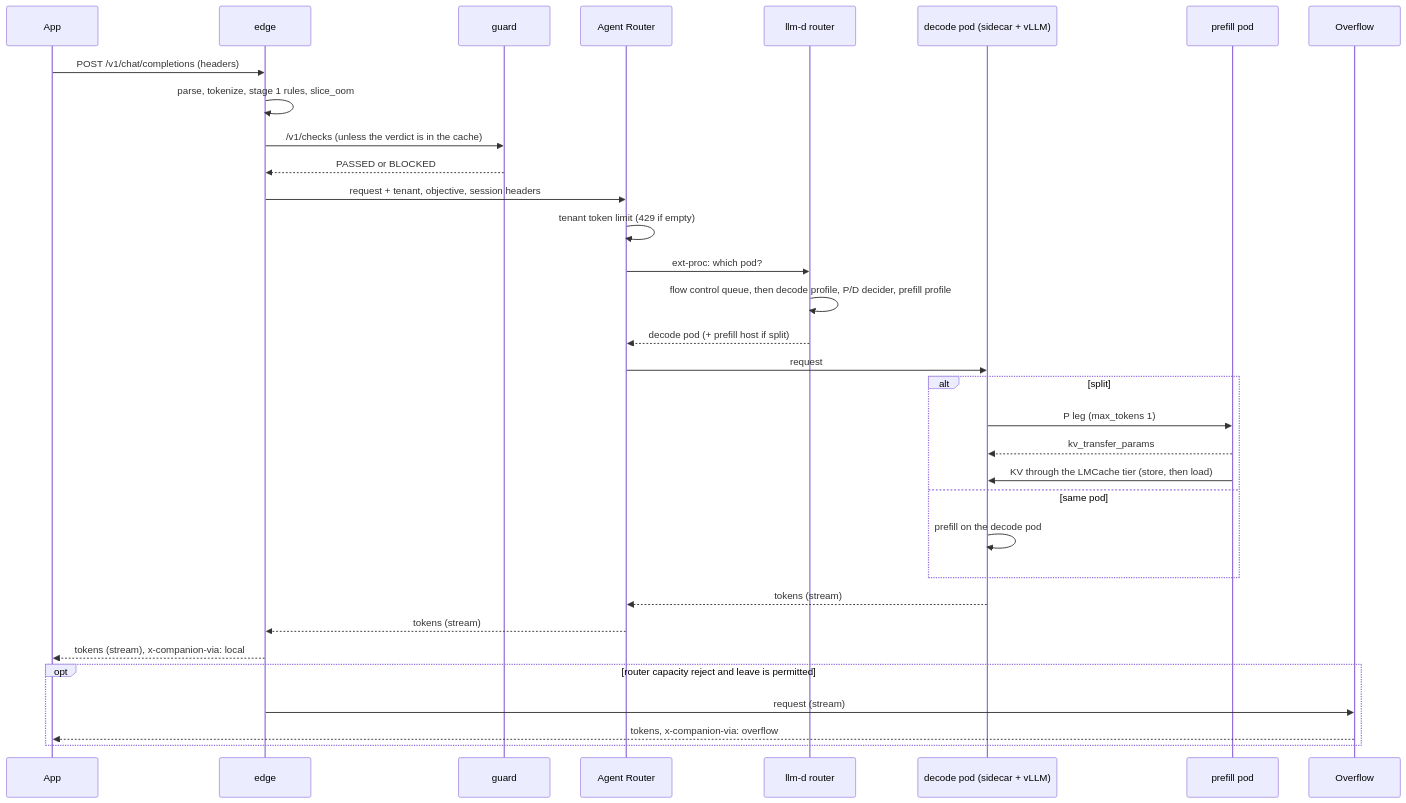
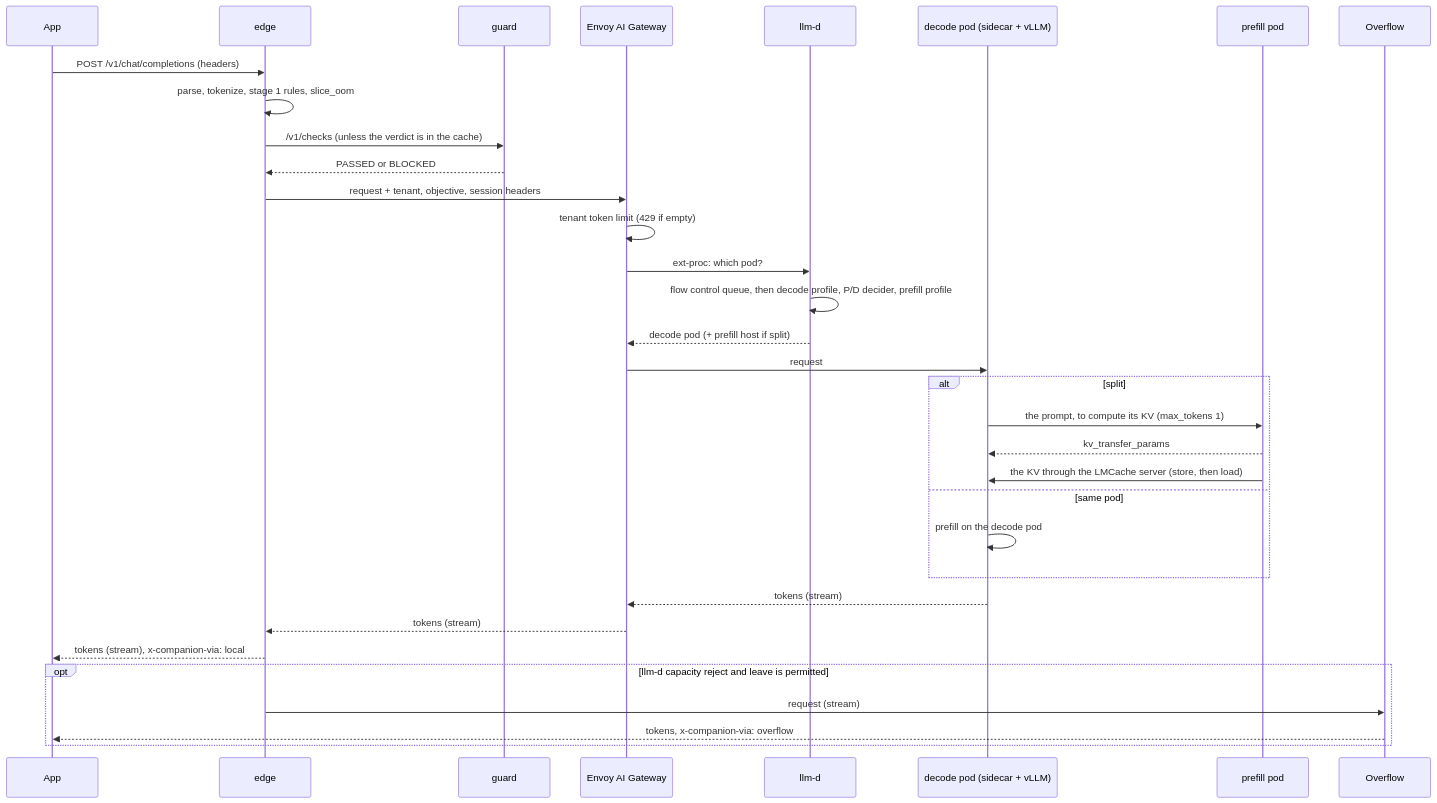
Before and after one commit to chetananand/learning-companion-serving: the second of 2 diagrams in docs/spec/04-system-design.md, drawn with Mermaid. The commit also changed other lines of this file and 4 other files, not shown here.

First line of the commit message:
Docs: one architecture, with the names of the slide diagram everywhere

````diff
--- a/docs/spec/04-system-design.md
+++ b/docs/spec/04-system-design.md
@@ -158,35 +158,35 @@
 ```mermaid
 sequenceDiagram
   participant A as App
   participant E as edge
   participant G as guard
-  participant R as Agent Router
-  participant X as llm-d router
+  participant R as Envoy AI Gateway
+  participant X as llm-d
   participant D as decode pod (sidecar + vLLM)
   participant P as prefill pod
   participant O as Overflow
   A->>E: POST /v1/chat/completions (headers)
   E->>E: parse, tokenize, stage 1 rules, slice_oom
   E->>G: /v1/checks (unless the verdict is in the cache)
   G-->>E: PASSED or BLOCKED
   E->>R: request + tenant, objective, session headers
   R->>R: tenant token limit (429 if empty)
   R->>X: ext-proc: which pod?
   X->>X: flow control queue, then decode profile, P/D decider, prefill profile
   X-->>R: decode pod (+ prefill host if split)
   R->>D: request
   alt split
-    D->>P: P leg (max_tokens 1)
+    D->>P: the prompt, to compute its KV (max_tokens 1)
     P-->>D: kv_transfer_params
-    P->>D: KV through the LMCache tier (store, then load)
+    P->>D: the KV through the LMCache server (store, then load)
   else same pod
     D->>D: prefill on the decode pod
   end
   D-->>R: tokens (stream)
   R-->>E: tokens (stream)
   E-->>A: tokens (stream), x-companion-via: local
-  opt router capacity reject and leave is permitted
+  opt llm-d capacity reject and leave is permitted
     E->>O: request (stream)
     O-->>A: tokens, x-companion-via: overflow
   end
 ```
````
